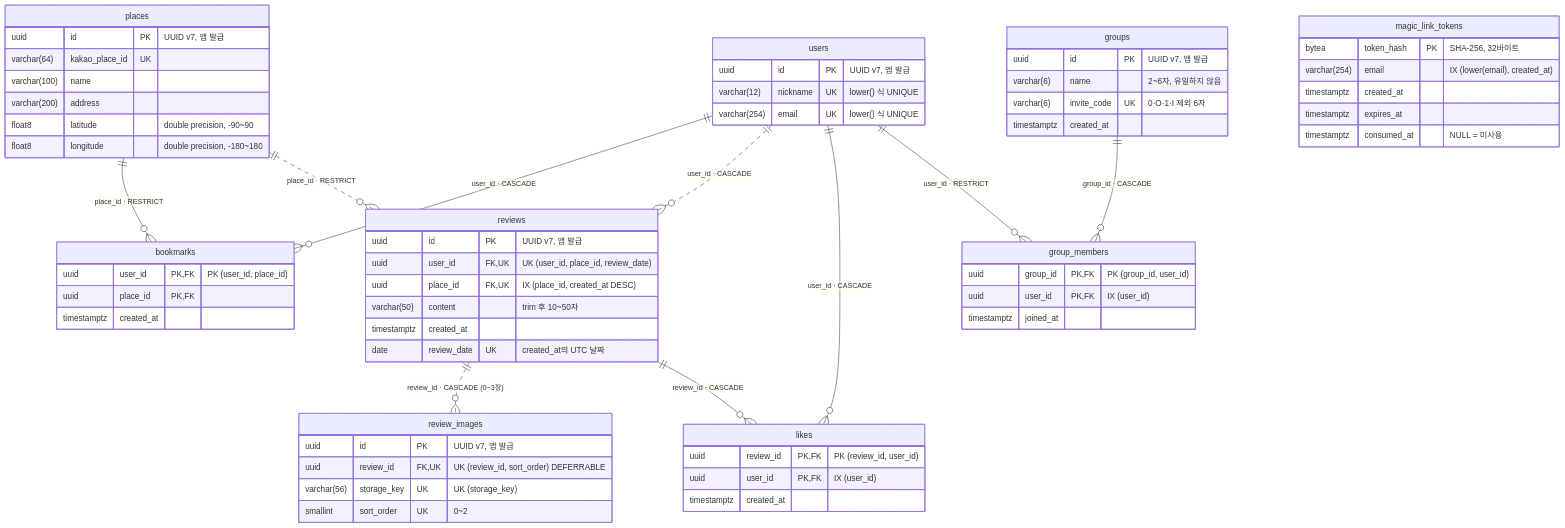
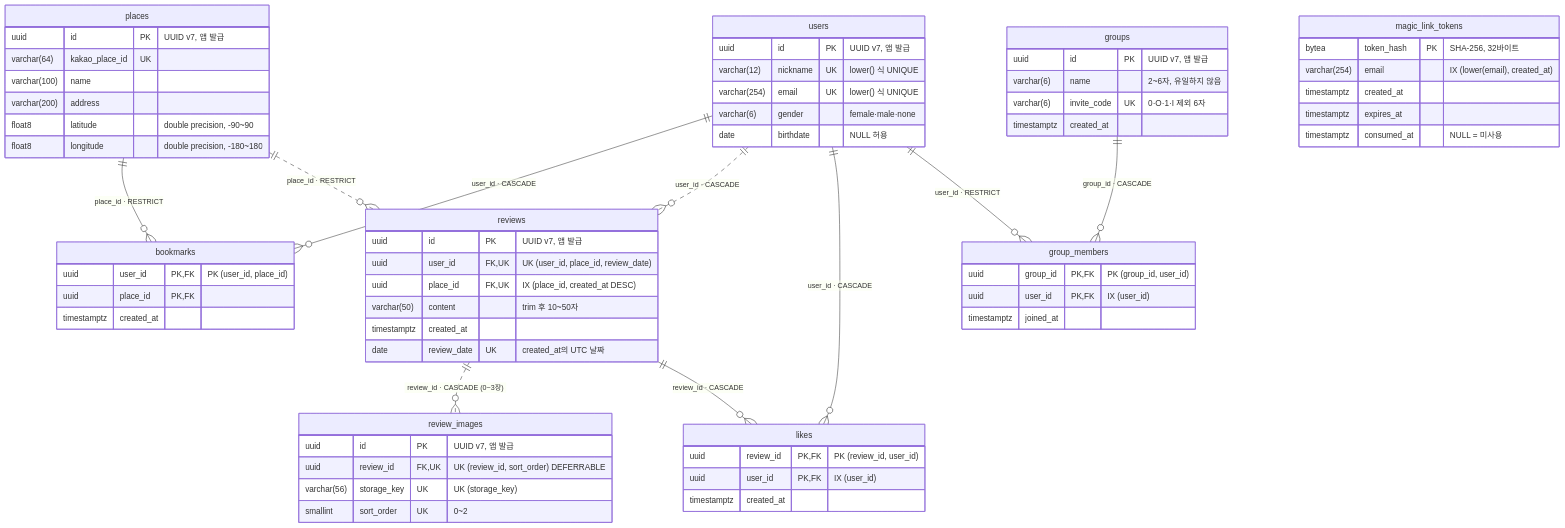
One commit to kangdong527/nook_csharp changed the diagram in docs/design/erd.md. Above: the diagram before and after it, drawn with Mermaid. The commit also changed other lines of this file and 27 other files, not shown here.

First line of the commit message:
feat(auth): collect gender and birthdate at sign-up (R-US-04, R-US-05)

````diff
--- a/docs/design/erd.md
+++ b/docs/design/erd.md
@@ -12,76 +12,78 @@
 ```mermaid
 erDiagram
     users ||--o{ bookmarks : "user_id · CASCADE"
     places ||--o{ bookmarks : "place_id · RESTRICT"
     users ||..o{ reviews : "user_id · CASCADE"
     places ||..o{ reviews : "place_id · RESTRICT"
     reviews ||..o{ review_images : "review_id · CASCADE (0~3장)"
     reviews ||--o{ likes : "review_id · CASCADE"
     users ||--o{ likes : "user_id · CASCADE"
     groups ||--o{ group_members : "group_id · CASCADE"
     users ||--o{ group_members : "user_id · RESTRICT"
 
     users {
         uuid id PK "UUID v7, 앱 발급"
         varchar(12) nickname UK "lower() 식 UNIQUE"
         varchar(254) email UK "lower() 식 UNIQUE"
+        varchar(6) gender "female·male·none"
+        date birthdate "NULL 허용"
     }
 
     places {
         uuid id PK "UUID v7, 앱 발급"
         varchar(64) kakao_place_id UK
         varchar(100) name
         varchar(200) address
         float8 latitude "double precision, -90~90"
         float8 longitude "double precision, -180~180"
     }
 
     bookmarks {
         uuid user_id PK, FK "PK (user_id, place_id)"
         uuid place_id PK, FK
         timestamptz created_at
     }
 
     reviews {
         uuid id PK "UUID v7, 앱 발급"
         uuid user_id FK, UK "UK (user_id, place_id, review_date)"
         uuid place_id FK, UK "IX (place_id, created_at DESC)"
         varchar(50) content "trim 후 10~50자"
         timestamptz created_at
         date review_date UK "created_at의 UTC 날짜"
     }
 
     review_images {
         uuid id PK "UUID v7, 앱 발급"
         uuid review_id FK, UK "UK (review_id, sort_order) DEFERRABLE"
         varchar(56) storage_key UK "UK (storage_key)"
         smallint sort_order UK "0~2"
     }
 
     likes {
         uuid review_id PK, FK "PK (review_id, user_id)"
         uuid user_id PK, FK "IX (user_id)"
         timestamptz created_at
     }
 
     groups {
         uuid id PK "UUID v7, 앱 발급"
         varchar(6) name "2~6자, 유일하지 않음"
         varchar(6) invite_code UK "0·O·1·I 제외 6자"
         timestamptz created_at
     }
 
     group_members {
         uuid group_id PK, FK "PK (group_id, user_id)"
         uuid user_id PK, FK "IX (user_id)"
         timestamptz joined_at
     }
 
     magic_link_tokens {
         bytea token_hash PK "SHA-256, 32바이트"
         varchar(254) email "IX (lower(email), created_at)"
         timestamptz created_at
         timestamptz expires_at
         timestamptz consumed_at "NULL = 미사용"
     }
 ```
````
